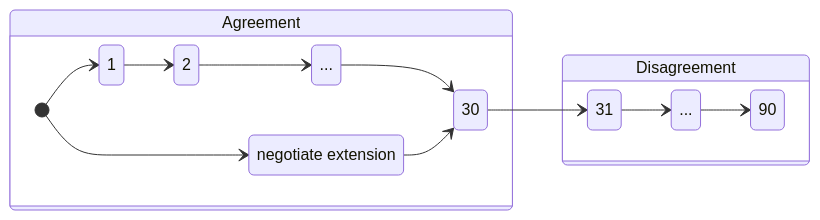
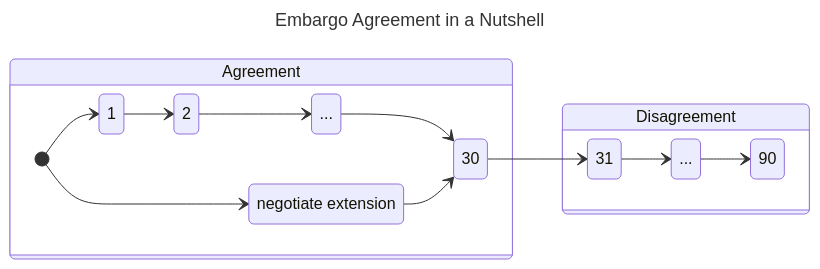
Before and after one commit to CERTCC/Vultron: the sixth of 6 diagrams in docs/process_models/em/defaults.md, drawn with Mermaid. The commit also changed 4 other files, not shown here.

Commit message:
add some diagram titles

````diff
--- a/docs/process_models/em/defaults.md
+++ b/docs/process_models/em/defaults.md
@@ -351,21 +351,24 @@
 ```mermaid
+---
+title: Embargo Agreement in a Nutshell
+---
 stateDiagram-v2
     direction LR
     dots: ...
     state Agreement {
         direction LR
         [*] --> 1
         1 --> 2
         2 --> dots
         dots --> 30
         negotiate: negotiate extension
         [*] --> negotiate
         negotiate --> 30
     }
     30 --> 31
     state Disagreement {
         dots2: ...
         31 --> dots2
         dots2 --> 90
     }
 ```
````
